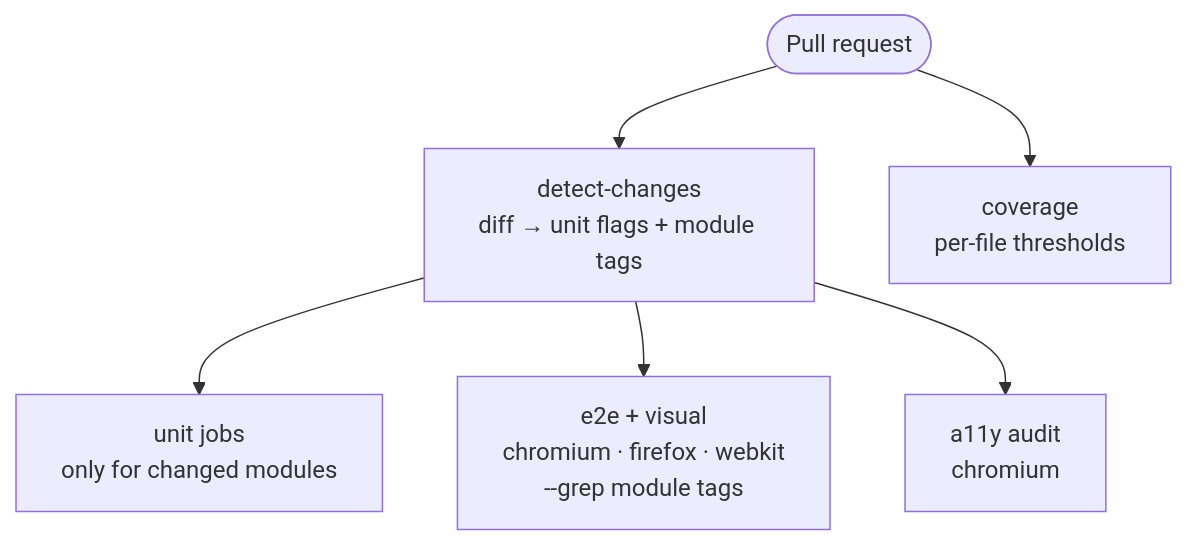
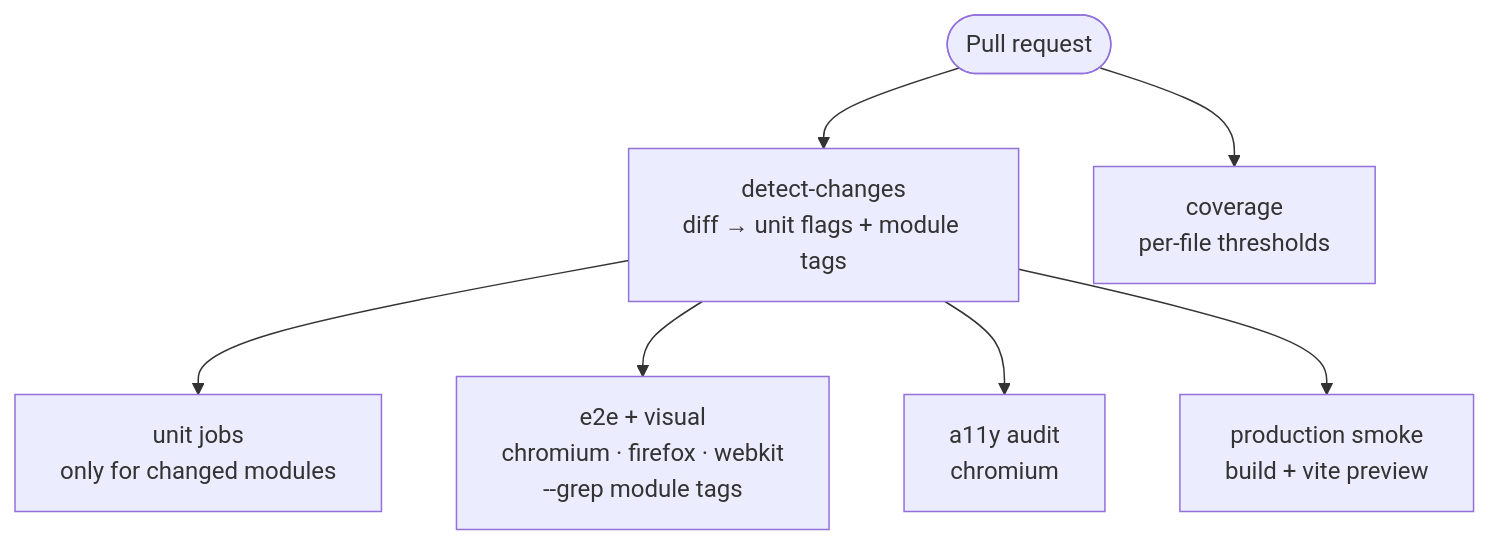
Before and after one commit to rio-ap/web-playground: the first of 2 diagrams in README.md, drawn with Mermaid. The commit also changed other lines of this file and 8 other files, not shown here.

````diff
--- a/README.md
+++ b/README.md
@@ -91,8 +74,9 @@
 ```mermaid
 flowchart TD
   PR([Pull request]) --> DC["detect-changes<br/>diff → unit flags + module tags"]
   DC --> U["unit jobs<br/>only for changed modules"]
   DC --> E["e2e + visual<br/>chromium · firefox · webkit<br/>--grep module tags"]
   DC --> A["a11y audit<br/>chromium"]
+  DC --> SM["production smoke<br/>build + vite preview"]
   PR --> C["coverage<br/>per-file thresholds"]
 ```
````
